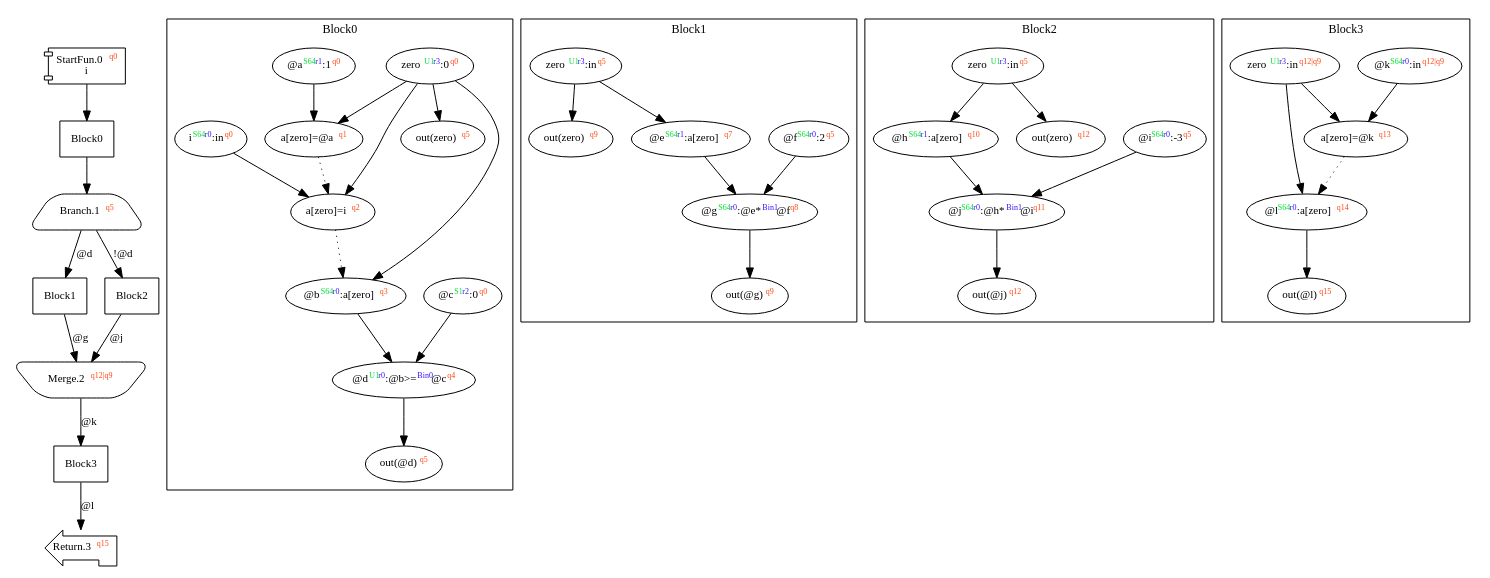
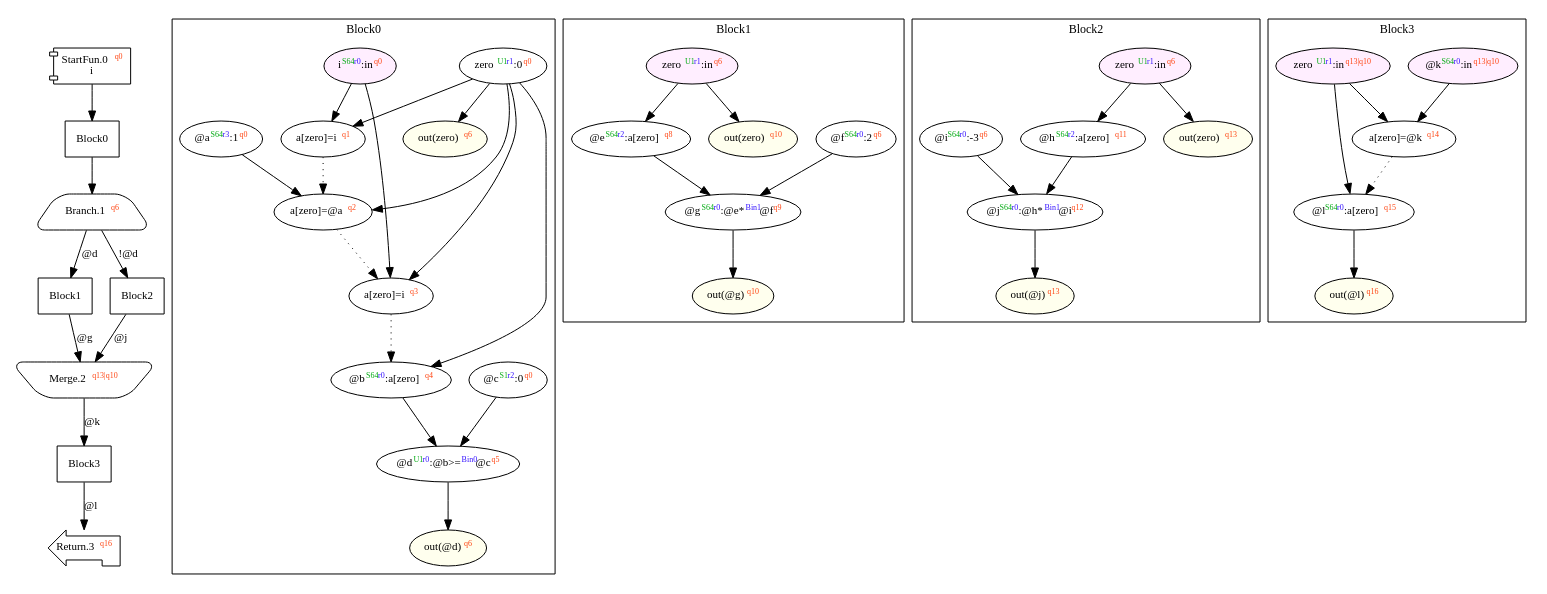
One commit to akouryy/SyntheScala changed the diagram in dist/dependencyTest.dot. Above: the diagram before and after it, drawn with Graphviz. The commit also changed 37 other files, not shown here.

```diff
--- a/dist/dependencyTest.dot
+++ b/dist/dependencyTest.dot
@@ -1,93 +1,97 @@
 digraph Program_ {
   graph [fontname = "Monaco", fontsize = 12, ranksep = 0.5];
   node [shape = box, fontname = "Monaco", fontsize = 11; colorscheme = pastel19];
   edge [fontname = "Monaco", fontsize = 11; colorscheme = pastel19];
   Jump0[label = <StartFun.0<font color="#ff4411" point-size="8"><sup>q0</sup></font><br/>i>; shape = component];
   Jump0 -> Block0;
   Jump1[
-    label = <Branch.1<font color="#ff4411" point-size="8"><sup>q5</sup></font>>;
+    label = <Branch.1<font color="#ff4411" point-size="8"><sup>q6</sup></font>>;
     shape = trapezium; style = rounded;
   ];
   Block0 -> Jump1;
   Jump1 -> Block1 [label="@d"];
   Jump1 -> Block2 [label="!@d"];
-  Jump2[label = <Merge.2<font color="#ff4411" point-size="8"><sup>q12|q9</sup></font>>; shape = invtrapezium; style = rounded];
+  Jump2[label = <Merge.2<font color="#ff4411" point-size="8"><sup>q13|q10</sup></font>>; shape = invtrapezium; style = rounded];
   Block1 -> Jump2 [label="@g"];
   Block2 -> Jump2 [label="@j"];
   Jump2 -> Block3 [label="@k"];
-  Jump3[label = <Return.3<font color="#ff4411" point-size="8"><sup>q15</sup></font>>; shape = lpromoter];
+  Jump3[label = <Return.3<font color="#ff4411" point-size="8"><sup>q16</sup></font>>; shape = lpromoter];
   Block3 -> Jump3 [label="@l"];
   Block0 [label = "Block0"];
   Block1 [label = "Block1"];
   Block2 [label = "Block2"];
   Block3 [label = "Block3"];
   subgraph cluster_dfg_Block0 {
     node [shape = oval];
     label = "Block0";
-    ndBlock0_0 [label=<out(zero)<font color="#ff4411" point-size="8"><sup>q5</sup></font>>];
-    ndBlock0_1 [label=<@d<font color="#00dd33" point-size="8"><sup>U1</sup></font><font color="#3311ff" point-size="8"><sup>r0</sup></font>:@b&gt;=<font color="#3311ff" point-size="8"><sup>Bin0</sup></font>@c<font color="#ff4411" point-size="8"><sup>q4</sup></font>>];
-    ndBlock0_2 [label=<@a<font color="#00dd33" point-size="8"><sup>S64</sup></font><font color="#3311ff" point-size="8"><sup>r1</sup></font>:1<font color="#ff4411" point-size="8"><sup>q0</sup></font>>];
-    ndBlock0_3 [label=<@c<font color="#00dd33" point-size="8"><sup>S1</sup></font><font color="#3311ff" point-size="8"><sup>r2</sup></font>:0<font color="#ff4411" point-size="8"><sup>q0</sup></font>>];
-    ndBlock0_4 [label=<a[zero]=i<font color="#ff4411" point-size="8"><sup>q2</sup></font>>];
-    ndBlock0_5 [label=<@b<font color="#00dd33" point-size="8"><sup>S64</sup></font><font color="#3311ff" point-size="8"><sup>r0</sup></font>:a[zero]<font color="#ff4411" point-size="8"><sup>q3</sup></font>>];
-    ndBlock0_6 [label=<zero<font color="#00dd33" point-size="8"><sup>U1</sup></font><font color="#3311ff" point-size="8"><sup>r3</sup></font>:0<font color="#ff4411" point-size="8"><sup>q0</sup></font>>];
-    ndBlock0_7 [label=<a[zero]=@a<font color="#ff4411" point-size="8"><sup>q1</sup></font>>];
-    ndBlock0_8 [label=<i<font color="#00dd33" point-size="8"><sup>S64</sup></font><font color="#3311ff" point-size="8"><sup>r0</sup></font>:in<font color="#ff4411" point-size="8"><sup>q0</sup></font>>];
-    ndBlock0_9 [label=<out(@d)<font color="#ff4411" point-size="8"><sup>q5</sup></font>>];
-    ndBlock0_1 -> ndBlock0_9;
-    ndBlock0_2 -> ndBlock0_7;
-    ndBlock0_3 -> ndBlock0_1;
-    ndBlock0_5 -> ndBlock0_1;
-    ndBlock0_6 -> ndBlock0_0;
-    ndBlock0_6 -> ndBlock0_4;
-    ndBlock0_6 -> ndBlock0_5;
-    ndBlock0_6 -> ndBlock0_7;
-    ndBlock0_8 -> ndBlock0_4;
-    ndBlock0_4 -> ndBlock0_5 [style = dotted];
-    ndBlock0_7 -> ndBlock0_4 [style = dotted];
+    0 [label=<zero<font color="#00aa11" point-size="8"><sup>U1</sup></font><font color="#3311ff" point-size="8"><sup>r1</sup></font>:0<font color="#ff4411" point-size="8"><sup>q0</sup></font>>; ];
+    5 [label=<@b<font color="#00aa11" point-size="8"><sup>S64</sup></font><font color="#3311ff" point-size="8"><sup>r0</sup></font>:a[zero]<font color="#ff4411" point-size="8"><sup>q4</sup></font>>; ];
+    25 [label=<i<font color="#00aa11" point-size="8"><sup>S64</sup></font><font color="#3311ff" point-size="8"><sup>r0</sup></font>:in<font color="#ff4411" point-size="8"><sup>q0</sup></font>>; style="filled"; fillcolor="#ffeeff";];
+    1 [label=<a[zero]=i<font color="#ff4411" point-size="8"><sup>q1</sup></font>>; ];
+    6 [label=<@c<font color="#00aa11" point-size="8"><sup>S1</sup></font><font color="#3311ff" point-size="8"><sup>r2</sup></font>:0<font color="#ff4411" point-size="8"><sup>q0</sup></font>>; ];
+    2 [label=<@a<font color="#00aa11" point-size="8"><sup>S64</sup></font><font color="#3311ff" point-size="8"><sup>r3</sup></font>:1<font color="#ff4411" point-size="8"><sup>q0</sup></font>>; ];
+    27 [label=<out(@d)<font color="#ff4411" point-size="8"><sup>q6</sup></font>>; style="filled"; fillcolor="#ffffee";];
+    7 [label=<@d<font color="#00aa11" point-size="8"><sup>U1</sup></font><font color="#3311ff" point-size="8"><sup>r0</sup></font>:@b&gt;=<font color="#3311ff" point-size="8"><sup>Bin0</sup></font>@c<font color="#ff4411" point-size="8"><sup>q5</sup></font>>; ];
+    3 [label=<a[zero]=@a<font color="#ff4411" point-size="8"><sup>q2</sup></font>>; ];
+    26 [label=<out(zero)<font color="#ff4411" point-size="8"><sup>q6</sup></font>>; style="filled"; fillcolor="#ffffee";];
+    4 [label=<a[zero]=i<font color="#ff4411" point-size="8"><sup>q3</sup></font>>; ];
+    0 -> 1;
+    0 -> 3;
+    0 -> 4;
+    0 -> 5;
+    0 -> 26;
+    2 -> 3;
+    5 -> 7;
+    6 -> 7;
+    7 -> 27;
+    25 -> 1;
+    25 -> 4;
+    1 -> 3 [style = dotted];
+    3 -> 4 [style = dotted];
+    4 -> 5 [style = dotted];
   }
   subgraph cluster_dfg_Block1 {
     node [shape = oval];
     label = "Block1";
-    ndBlock1_0 [label=<@f<font color="#00dd33" point-size="8"><sup>S64</sup></font><font color="#3311ff" point-size="8"><sup>r0</sup></font>:2<font color="#ff4411" point-size="8"><sup>q5</sup></font>>];
-    ndBlock1_1 [label=<out(zero)<font color="#ff4411" point-size="8"><sup>q9</sup></font>>];
-    ndBlock1_2 [label=<zero<font color="#00dd33" point-size="8"><sup>U1</sup></font><font color="#3311ff" point-size="8"><sup>r3</sup></font>:in<font color="#ff4411" point-size="8"><sup>q5</sup></font>>];
-    ndBlock1_3 [label=<@e<font color="#00dd33" point-size="8"><sup>S64</sup></font><font color="#3311ff" point-size="8"><sup>r1</sup></font>:a[zero]<font color="#ff4411" point-size="8"><sup>q7</sup></font>>];
-    ndBlock1_4 [label=<out(@g)<font color="#ff4411" point-size="8"><sup>q9</sup></font>>];
-    ndBlock1_5 [label=<@g<font color="#00dd33" point-size="8"><sup>S64</sup></font><font color="#3311ff" point-size="8"><sup>r0</sup></font>:@e*<font color="#3311ff" point-size="8"><sup>Bin1</sup></font>@f<font color="#ff4411" point-size="8"><sup>q8</sup></font>>];
-    ndBlock1_0 -> ndBlock1_5;
-    ndBlock1_2 -> ndBlock1_1;
-    ndBlock1_2 -> ndBlock1_3;
-    ndBlock1_3 -> ndBlock1_5;
-    ndBlock1_5 -> ndBlock1_4;
+    10 [label=<@g<font color="#00aa11" point-size="8"><sup>S64</sup></font><font color="#3311ff" point-size="8"><sup>r0</sup></font>:@e*<font color="#3311ff" point-size="8"><sup>Bin1</sup></font>@f<font color="#ff4411" point-size="8"><sup>q9</sup></font>>; ];
+    20 [label=<out(zero)<font color="#ff4411" point-size="8"><sup>q10</sup></font>>; style="filled"; fillcolor="#ffffee";];
+    21 [label=<out(@g)<font color="#ff4411" point-size="8"><sup>q10</sup></font>>; style="filled"; fillcolor="#ffffee";];
+    9 [label=<@f<font color="#00aa11" point-size="8"><sup>S64</sup></font><font color="#3311ff" point-size="8"><sup>r0</sup></font>:2<font color="#ff4411" point-size="8"><sup>q6</sup></font>>; ];
+    8 [label=<@e<font color="#00aa11" point-size="8"><sup>S64</sup></font><font color="#3311ff" point-size="8"><sup>r2</sup></font>:a[zero]<font color="#ff4411" point-size="8"><sup>q8</sup></font>>; ];
+    19 [label=<zero<font color="#00aa11" point-size="8"><sup>U1</sup></font><font color="#3311ff" point-size="8"><sup>r1</sup></font>:in<font color="#ff4411" point-size="8"><sup>q6</sup></font>>; style="filled"; fillcolor="#ffeeff";];
+    8 -> 10;
+    9 -> 10;
+    10 -> 21;
+    19 -> 8;
+    19 -> 20;
   }
   subgraph cluster_dfg_Block2 {
     node [shape = oval];
     label = "Block2";
-    ndBlock2_0 [label=<@h<font color="#00dd33" point-size="8"><sup>S64</sup></font><font color="#3311ff" point-size="8"><sup>r1</sup></font>:a[zero]<font color="#ff4411" point-size="8"><sup>q10</sup></font>>];
-    ndBlock2_1 [label=<out(zero)<font color="#ff4411" point-size="8"><sup>q12</sup></font>>];
-    ndBlock2_2 [label=<@i<font color="#00dd33" point-size="8"><sup>S64</sup></font><font color="#3311ff" point-size="8"><sup>r0</sup></font>:-3<font color="#ff4411" point-size="8"><sup>q5</sup></font>>];
-    ndBlock2_3 [label=<zero<font color="#00dd33" point-size="8"><sup>U1</sup></font><font color="#3311ff" point-size="8"><sup>r3</sup></font>:in<font color="#ff4411" point-size="8"><sup>q5</sup></font>>];
-    ndBlock2_4 [label=<out(@j)<font color="#ff4411" point-size="8"><sup>q12</sup></font>>];
-    ndBlock2_5 [label=<@j<font color="#00dd33" point-size="8"><sup>S64</sup></font><font color="#3311ff" point-size="8"><sup>r0</sup></font>:@h*<font color="#3311ff" point-size="8"><sup>Bin1</sup></font>@i<font color="#ff4411" point-size="8"><sup>q11</sup></font>>];
-    ndBlock2_0 -> ndBlock2_5;
-    ndBlock2_2 -> ndBlock2_5;
-    ndBlock2_3 -> ndBlock2_0;
-    ndBlock2_3 -> ndBlock2_1;
-    ndBlock2_5 -> ndBlock2_4;
+    24 [label=<out(@j)<font color="#ff4411" point-size="8"><sup>q13</sup></font>>; style="filled"; fillcolor="#ffffee";];
+    13 [label=<@j<font color="#00aa11" point-size="8"><sup>S64</sup></font><font color="#3311ff" point-size="8"><sup>r0</sup></font>:@h*<font color="#3311ff" point-size="8"><sup>Bin1</sup></font>@i<font color="#ff4411" point-size="8"><sup>q12</sup></font>>; ];
+    22 [label=<zero<font color="#00aa11" point-size="8"><sup>U1</sup></font><font color="#3311ff" point-size="8"><sup>r1</sup></font>:in<font color="#ff4411" point-size="8"><sup>q6</sup></font>>; style="filled"; fillcolor="#ffeeff";];
+    12 [label=<@i<font color="#00aa11" point-size="8"><sup>S64</sup></font><font color="#3311ff" point-size="8"><sup>r0</sup></font>:-3<font color="#ff4411" point-size="8"><sup>q6</sup></font>>; ];
+    11 [label=<@h<font color="#00aa11" point-size="8"><sup>S64</sup></font><font color="#3311ff" point-size="8"><sup>r2</sup></font>:a[zero]<font color="#ff4411" point-size="8"><sup>q11</sup></font>>; ];
+    23 [label=<out(zero)<font color="#ff4411" point-size="8"><sup>q13</sup></font>>; style="filled"; fillcolor="#ffffee";];
+    11 -> 13;
+    12 -> 13;
+    13 -> 24;
+    22 -> 11;
+    22 -> 23;
   }
   subgraph cluster_dfg_Block3 {
     node [shape = oval];
     label = "Block3";
-    ndBlock3_0 [label=<@l<font color="#00dd33" point-size="8"><sup>S64</sup></font><font color="#3311ff" point-size="8"><sup>r0</sup></font>:a[zero]<font color="#ff4411" point-size="8"><sup>q14</sup></font>>];
-    ndBlock3_1 [label=<out(@l)<font color="#ff4411" point-size="8"><sup>q15</sup></font>>];
-    ndBlock3_2 [label=<a[zero]=@k<font color="#ff4411" point-size="8"><sup>q13</sup></font>>];
-    ndBlock3_3 [label=<@k<font color="#00dd33" point-size="8"><sup>S64</sup></font><font color="#3311ff" point-size="8"><sup>r0</sup></font>:in<font color="#ff4411" point-size="8"><sup>q12|q9</sup></font>>];
-    ndBlock3_4 [label=<zero<font color="#00dd33" point-size="8"><sup>U1</sup></font><font color="#3311ff" point-size="8"><sup>r3</sup></font>:in<font color="#ff4411" point-size="8"><sup>q12|q9</sup></font>>];
-    ndBlock3_0 -> ndBlock3_1;
-    ndBlock3_3 -> ndBlock3_2;
-    ndBlock3_4 -> ndBlock3_0;
-    ndBlock3_4 -> ndBlock3_2;
-    ndBlock3_2 -> ndBlock3_0 [style = dotted];
+    14 [label=<a[zero]=@k<font color="#ff4411" point-size="8"><sup>q14</sup></font>>; ];
+    17 [label=<@k<font color="#00aa11" point-size="8"><sup>S64</sup></font><font color="#3311ff" point-size="8"><sup>r0</sup></font>:in<font color="#ff4411" point-size="8"><sup>q13|q10</sup></font>>; style="filled"; fillcolor="#ffeeff";];
+    18 [label=<out(@l)<font color="#ff4411" point-size="8"><sup>q16</sup></font>>; style="filled"; fillcolor="#ffffee";];
+    16 [label=<zero<font color="#00aa11" point-size="8"><sup>U1</sup></font><font color="#3311ff" point-size="8"><sup>r1</sup></font>:in<font color="#ff4411" point-size="8"><sup>q13|q10</sup></font>>; style="filled"; fillcolor="#ffeeff";];
+    15 [label=<@l<font color="#00aa11" point-size="8"><sup>S64</sup></font><font color="#3311ff" point-size="8"><sup>r0</sup></font>:a[zero]<font color="#ff4411" point-size="8"><sup>q15</sup></font>>; ];
+    15 -> 18;
+    16 -> 14;
+    16 -> 15;
+    17 -> 14;
+    14 -> 15 [style = dotted];
   }
 }
```
